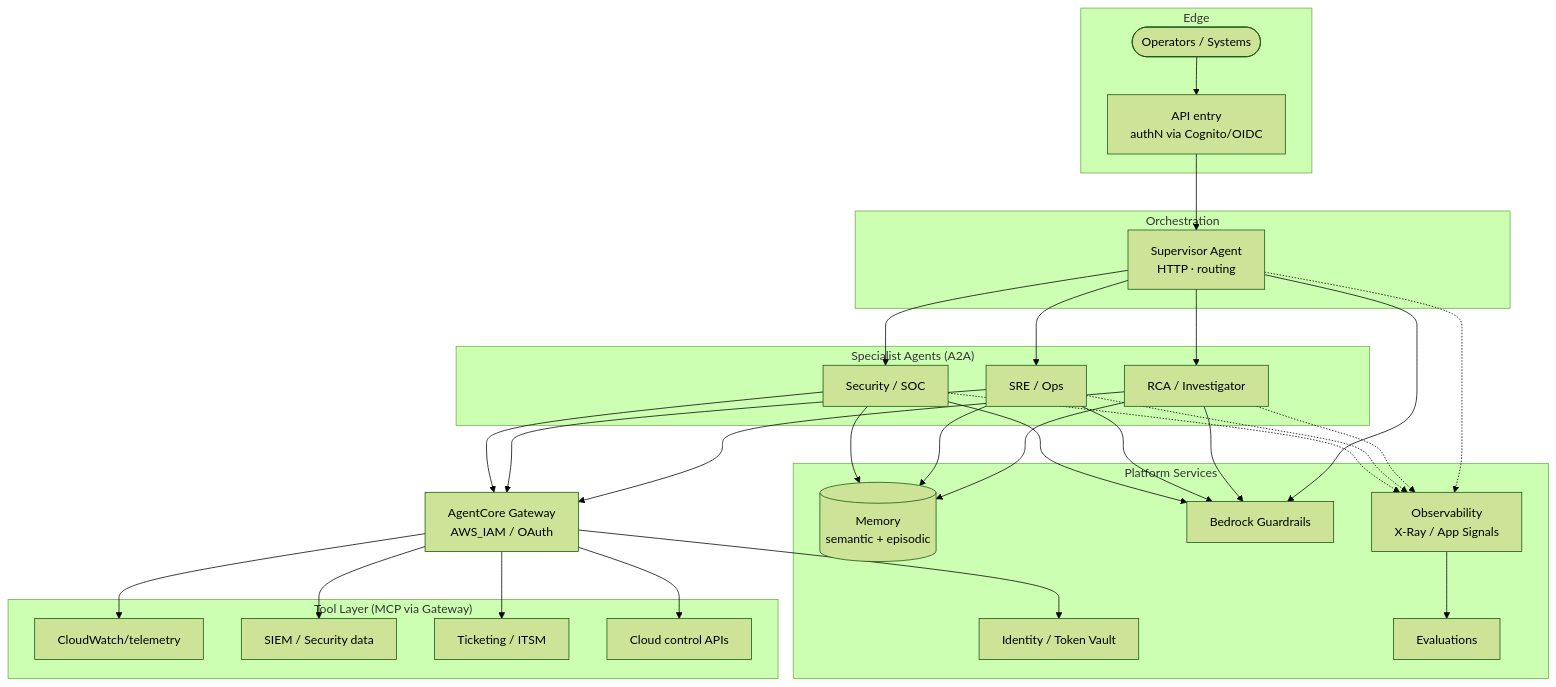
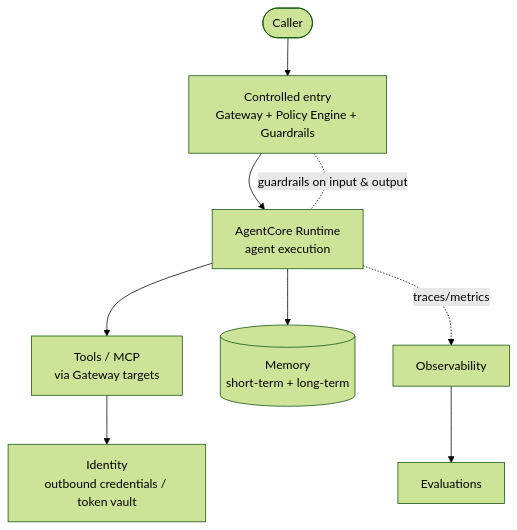
Before and after one commit to Preet2fun/ai-platform-on-aws: the diagram in AI-PLATFORM/reference-architecture/README.md, drawn with Mermaid (forest theme). The commit also changed other lines of this file and 26 other files, not shown here.

Commit message:
Memory component of AI-PLATFORM is implemented

````diff
--- a/AI-PLATFORM/reference-architecture/README.md
+++ b/AI-PLATFORM/reference-architecture/README.md
@@ -8,35 +8,11 @@
 ```mermaid
 flowchart TB
-    subgraph Edge
-      U([Operators / Systems]) --> API[API entry<br/>authN via Cognito/OIDC]
-    end
-    subgraph Orchestration
-      API --> SUP[Supervisor Agent<br/>HTTP · routing]
-    end
-    subgraph Specialists["Specialist Agents (A2A)"]
-      RCA[RCA / Investigator]
-      SRE[SRE / Ops]
-      SEC[Security / SOC]
-    end
-    SUP --> RCA & SRE & SEC
-    subgraph Tools["Tool Layer (MCP via Gateway)"]
-      CW[CloudWatch/telemetry]
-      SIEM[SIEM / Security data]
-      TICKET[Ticketing / ITSM]
-      CLOUD[Cloud control APIs]
-    end
-    RCA & SRE & SEC --> GW[AgentCore Gateway<br/>AWS_IAM / OAuth]
-    GW --> CW & SIEM & TICKET & CLOUD
-    subgraph Platform["Platform Services"]
-      MEM[(Memory<br/>semantic + episodic)]
-      ID[Identity / Token Vault]
-      GR[Bedrock Guardrails]
-      OBS[Observability<br/>X-Ray / App Signals]
-      EVAL[Evaluations]
-    end
-    RCA & SRE & SEC --> MEM
-    GW --> ID
-    SUP & RCA & SRE & SEC --> GR
-    SUP & RCA & SRE & SEC -.-> OBS
-    OBS --> EVAL
+    C([Caller]) --> ENTRY[Controlled entry<br/>Gateway + Policy Engine + Guardrails]
+    ENTRY --> RT[AgentCore Runtime<br/>agent execution]
+    RT --> TOOLS[Tools / MCP<br/>via Gateway targets]
+    RT --> MEM[(Memory<br/>short-term + long-term)]
+    TOOLS --> ID[Identity<br/>outbound credentials / token vault]
+    RT -.traces/metrics.-> OBS[Observability]
+    OBS --> EVAL[Evaluations]
+    ENTRY -. guardrails on input & output .- RT
 ```
````
